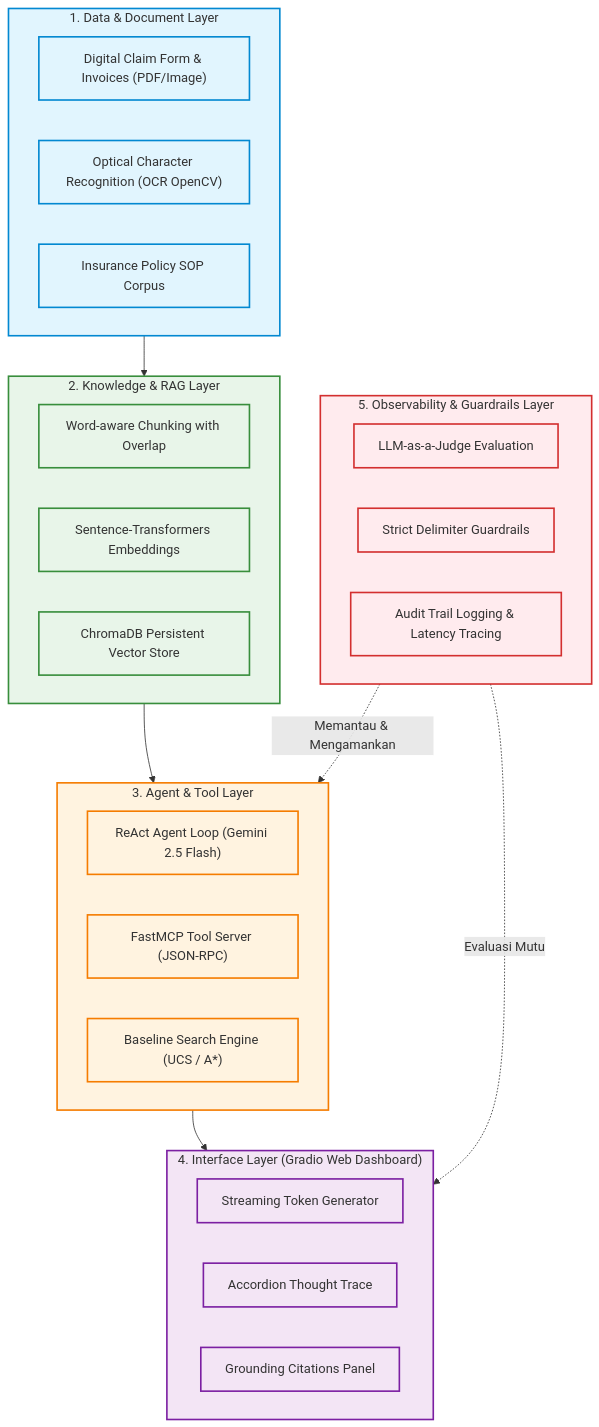
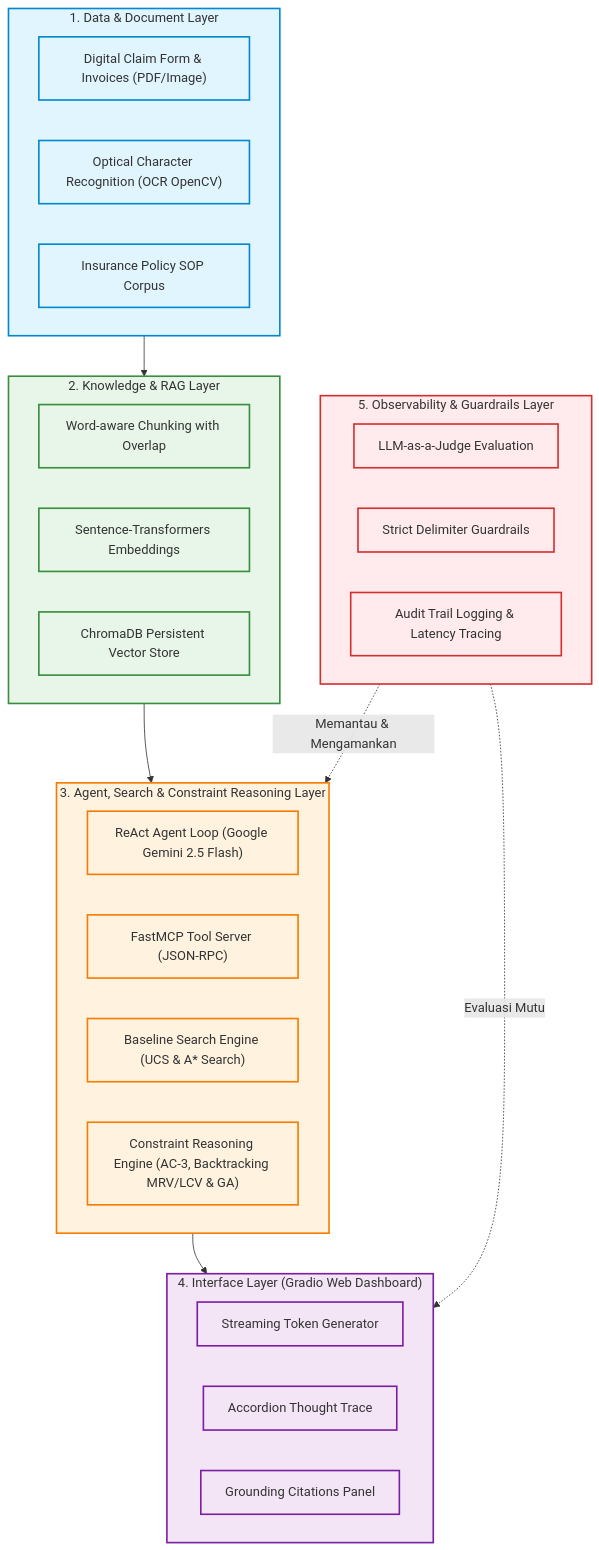
Before and after one commit to DavinaHutabarat/ClaimWise-AI: the diagram in README.md, drawn with Mermaid. The commit also changed other lines of this file and 7 other files, not shown here.

````diff
--- a/README.md
+++ b/README.md
@@ -42,50 +37,51 @@
 ```mermaid
 flowchart TD
     subgraph Layer5["5. Observability & Guardrails Layer"]
         L5_1["LLM-as-a-Judge Evaluation"]
         L5_2["Strict Delimiter Guardrails"]
         L5_3["Audit Trail Logging & Latency Tracing"]
     end
 
     subgraph Layer4["4. Interface Layer (Gradio Web Dashboard)"]
         L4_1["Streaming Token Generator"]
         L4_2["Accordion Thought Trace"]
         L4_3["Grounding Citations Panel"]
     end
 
-    subgraph Layer3["3. Agent & Tool Layer"]
-        L3_1["ReAct Agent Loop (Gemini 2.5 Flash)"]
+    subgraph Layer3["3. Agent, Search & Constraint Reasoning Layer"]
+        L3_1["ReAct Agent Loop (Google Gemini 2.5 Flash)"]
         L3_2["FastMCP Tool Server (JSON-RPC)"]
-        L3_3["Baseline Search Engine (UCS / A*)"]
+        L3_3["Baseline Search Engine (UCS & A* Search)"]
+        L3_4["Constraint Reasoning Engine (AC-3, Backtracking MRV/LCV & GA)"]
     end
 
     subgraph Layer2["2. Knowledge & RAG Layer"]
         L2_1["Word-aware Chunking with Overlap"]
         L2_2["Sentence-Transformers Embeddings"]
         L2_3["ChromaDB Persistent Vector Store"]
     end
 
     subgraph Layer1["1. Data & Document Layer"]
         L1_1["Digital Claim Form & Invoices (PDF/Image)"]
         L1_2["Optical Character Recognition (OCR OpenCV)"]
         L1_3["Insurance Policy SOP Corpus"]
     end
 
     Layer1 --> Layer2
     Layer2 --> Layer3
     Layer3 --> Layer4
     Layer5 -. Memantau & Mengamankan .-> Layer3
     Layer5 -. Evaluasi Mutu .-> Layer4
 
     classDef l1 fill:#E1F5FE,stroke:#0288D1,stroke-width:2px;
     classDef l2 fill:#E8F5E9,stroke:#388E3C,stroke-width:2px;
     classDef l3 fill:#FFF3E0,stroke:#F57C00,stroke-width:2px;
     classDef l4 fill:#F3E5F5,stroke:#7B1FA2,stroke-width:2px;
     classDef l5 fill:#FFEBEE,stroke:#D32F2F,stroke-width:2px;
 
     class Layer1,L1_1,L1_2,L1_3 l1;
     class Layer2,L2_1,L2_2,L2_3 l2;
-    class Layer3,L3_1,L3_2,L3_3 l3;
+    class Layer3,L3_1,L3_2,L3_3,L3_4 l3;
     class Layer4,L4_1,L4_2,L4_3 l4;
     class Layer5,L5_1,L5_2,L5_3 l5;
 ```
````
